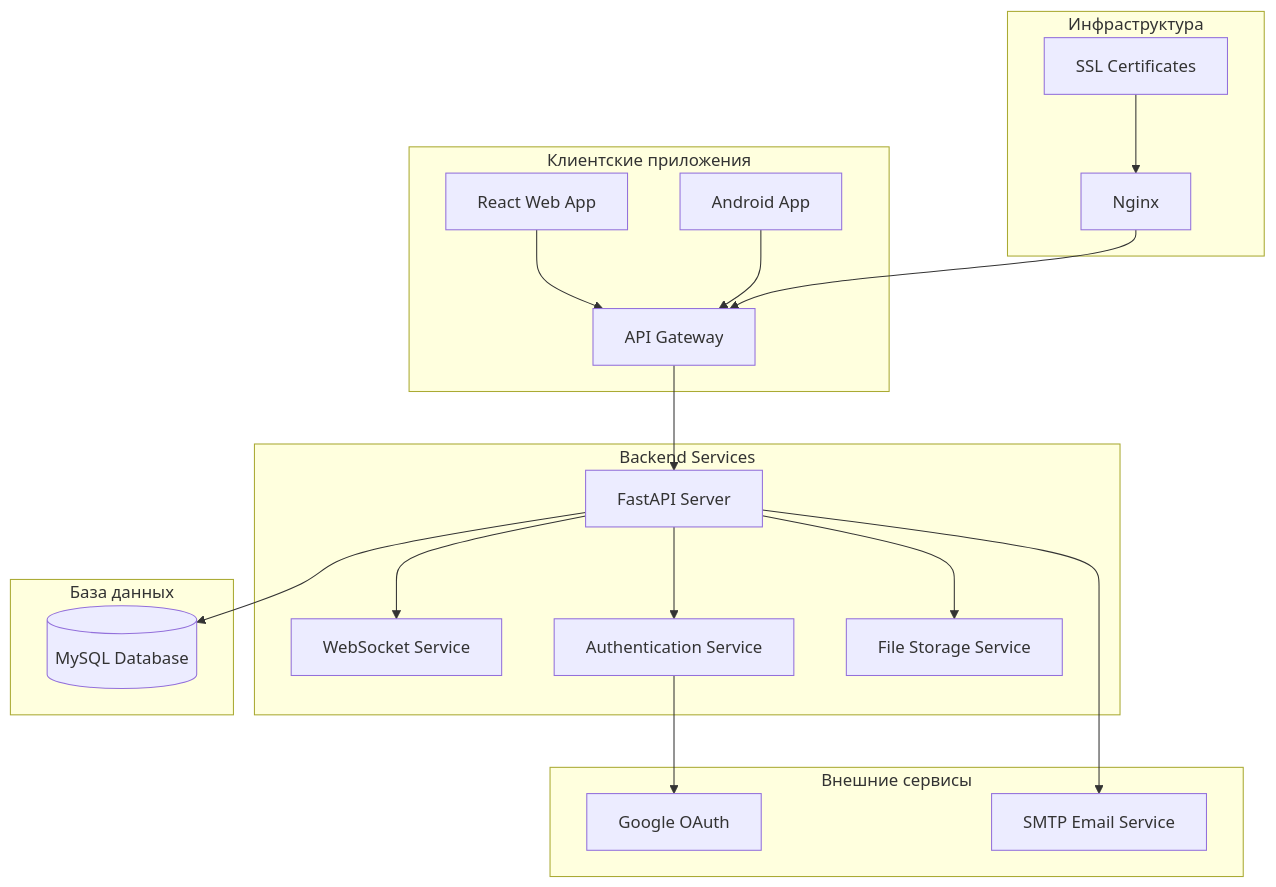
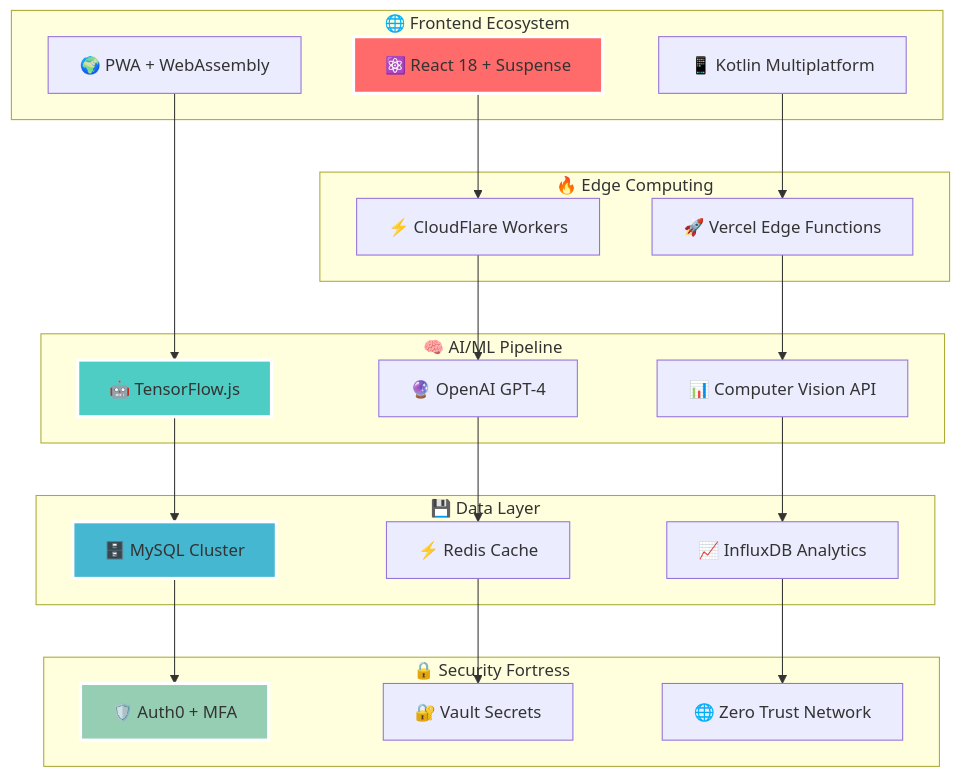
Before and after one commit to scrollDynasty/vrachiAP: the first of 2 diagrams in README.md, drawn with Mermaid. The commit also changed other lines of this file, not shown here.

````diff
--- a/README.md
+++ b/README.md
@@ -40,28 +121,48 @@
 ```mermaid
 graph TB
-    subgraph "Клиентские приложения"
-        A[React Web App] --> D[API Gateway]
-        B[Android App] --> D
+    subgraph "🌐 Frontend Ecosystem"
+        A[⚛️ React 18 + Suspense]
+        B[📱 Kotlin Multiplatform]
+        C[🌍 PWA + WebAssembly]
     end
     
-    subgraph "Backend Services"
-        D --> E[FastAPI Server]
-        E --> F[WebSocket Service]
-        E --> G[Authentication Service]
-        E --> H[File Storage Service]
+    subgraph "🔥 Edge Computing"
+        D[⚡ CloudFlare Workers]
+        E[🚀 Vercel Edge Functions]
     end
     
-    subgraph "База данных"
-        E --> I[(MySQL Database)]
+    subgraph "🧠 AI/ML Pipeline"
+        F[🤖 TensorFlow.js]
+        G[🔮 OpenAI GPT-4]
+        H[📊 Computer Vision API]
     end
     
-    subgraph "Внешние сервисы"
-        G --> J[Google OAuth]
-        E --> K[SMTP Email Service]
+    subgraph "💾 Data Layer"
+        I[🗄️ MySQL Cluster]
+        J[⚡ Redis Cache]
+        K[📈 InfluxDB Analytics]
     end
     
-    subgraph "Инфраструктура"
-        L[Nginx] --> D
-        M[SSL Certificates] --> L
+    subgraph "🔒 Security Fortress"
+        L[🛡️ Auth0 + MFA]
+        M[🔐 Vault Secrets]
+        N[🌐 Zero Trust Network]
     end
+    
+    A --> D
+    B --> E
+    C --> F
+    D --> G
+    E --> H
+    F --> I
+    G --> J
+    H --> K
+    I --> L
+    J --> M
+    K --> N
+    
+    style A fill:#ff6b6b,stroke:#fff,stroke-width:3px
+    style F fill:#4ecdc4,stroke:#fff,stroke-width:3px
+    style I fill:#45b7d1,stroke:#fff,stroke-width:3px
+    style L fill:#96ceb4,stroke:#fff,stroke-width:3px
 ```
````
